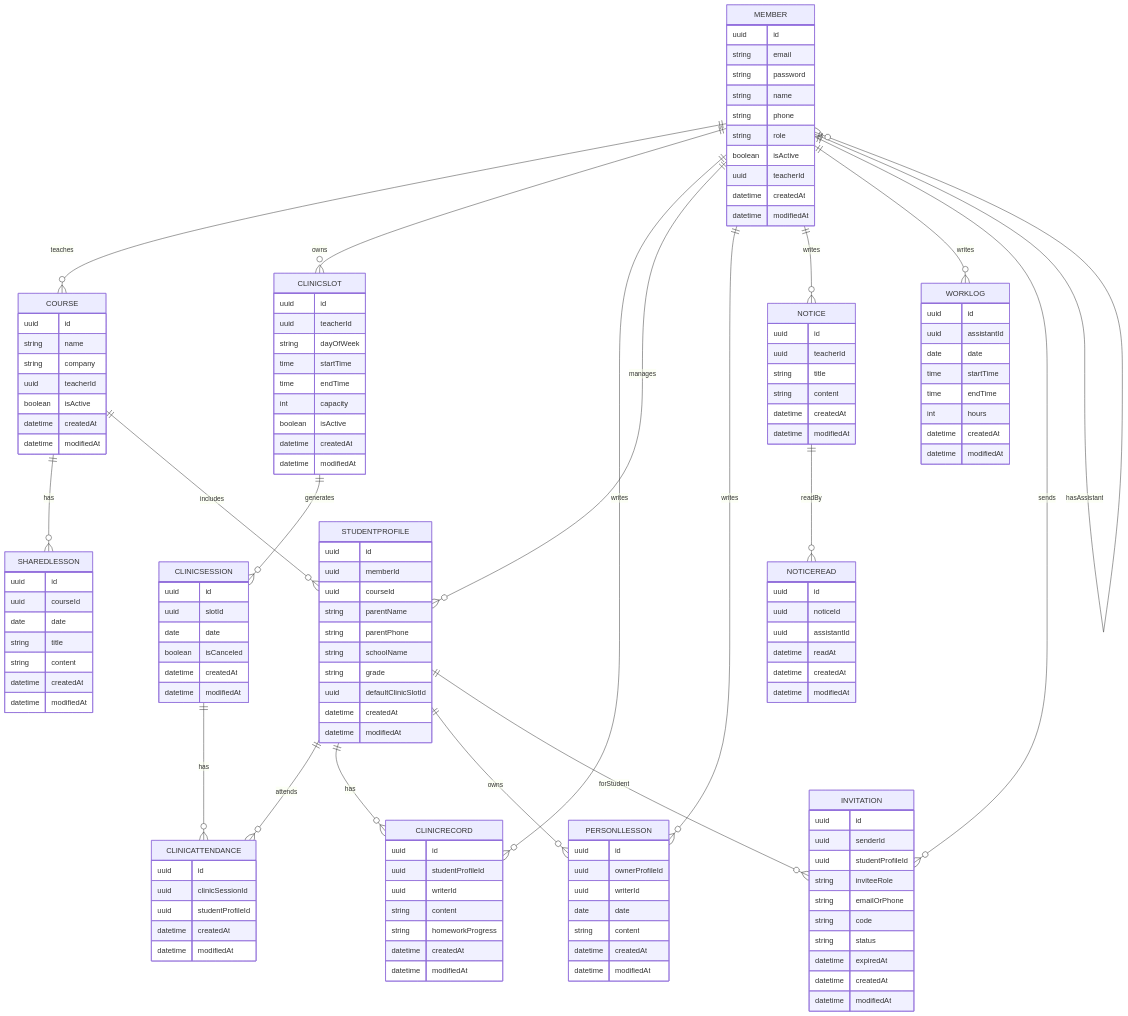
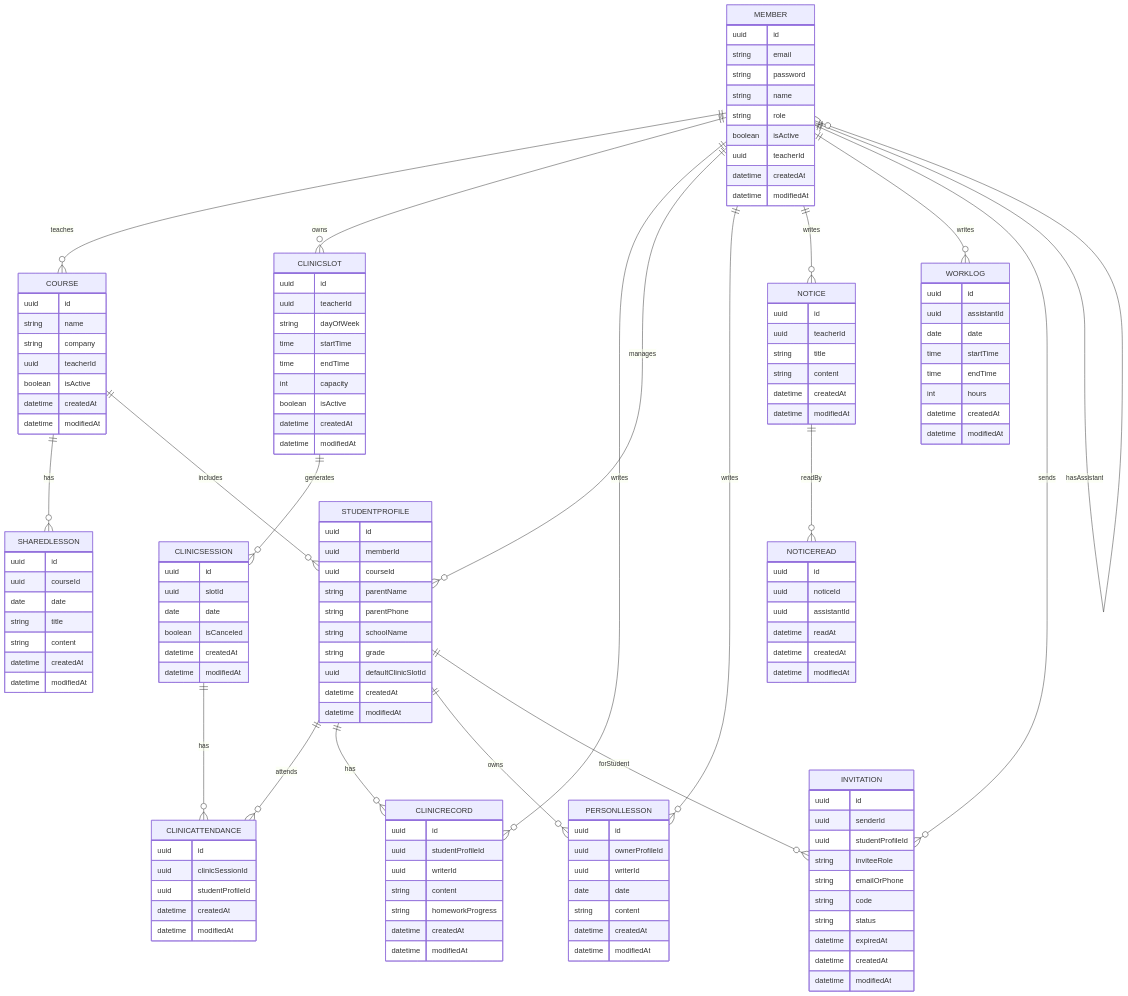
One commit to asungkim/ClassHub changed the second of 2 diagrams in docs/spec/v1.2.md. Above: the diagram before and after it, drawn with Mermaid. The commit also changed other lines of this file and 7 other files, not shown here.

```diff
--- a/docs/spec/v1.2.md
+++ b/docs/spec/v1.2.md
@@ -219,7 +218,6 @@
         string email
         string password
         string name
-        string phone
         string role
         boolean isActive
         uuid teacherId
```
